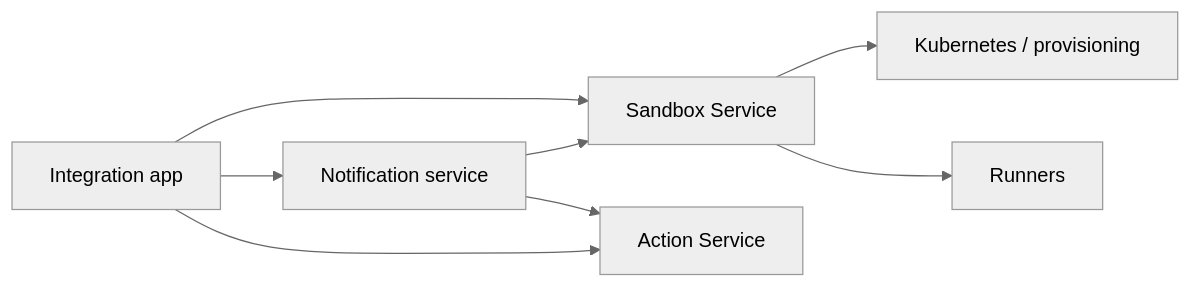
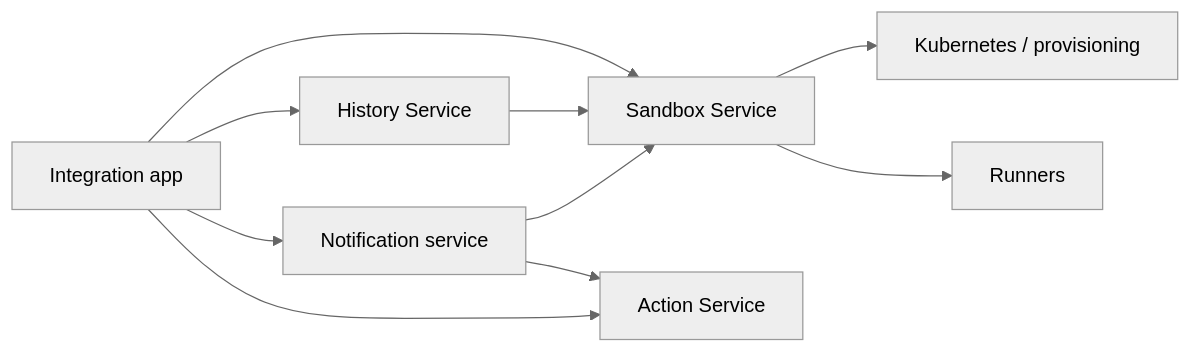
Before and after one commit to agentydragon-agent/ducktape: the diagram in agentplane/docs/service_boundaries.md, drawn with Mermaid (neutral theme). The commit also changed other lines of this file and 11 other files, not shown here.

````diff
--- a/agentplane/docs/service_boundaries.md
+++ b/agentplane/docs/service_boundaries.md
@@ -12,10 +11,12 @@
 ```mermaid
 flowchart LR
     App[Integration app] --> Sandbox[Sandbox Service]
+    App --> History[History Service]
+    History --> Sandbox
     App --> Notifications[Notification service]
     App --> Actions[Action Service]
     Notifications --> Sandbox
     Notifications --> Actions
     Sandbox --> Kubernetes[Kubernetes / provisioning]
     Sandbox --> Runners[Runners]
 ```
````
